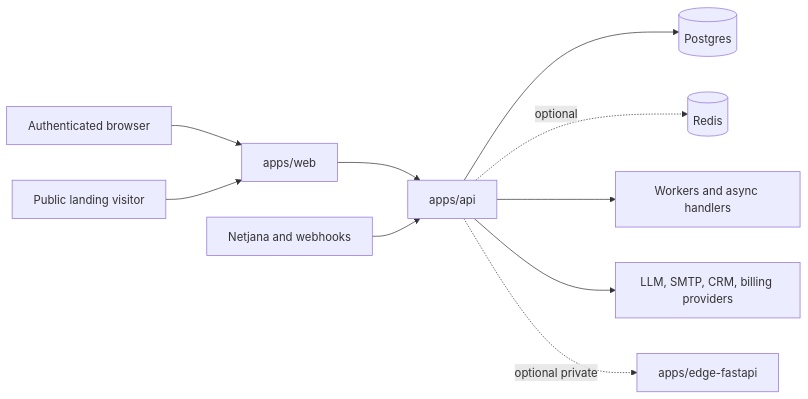
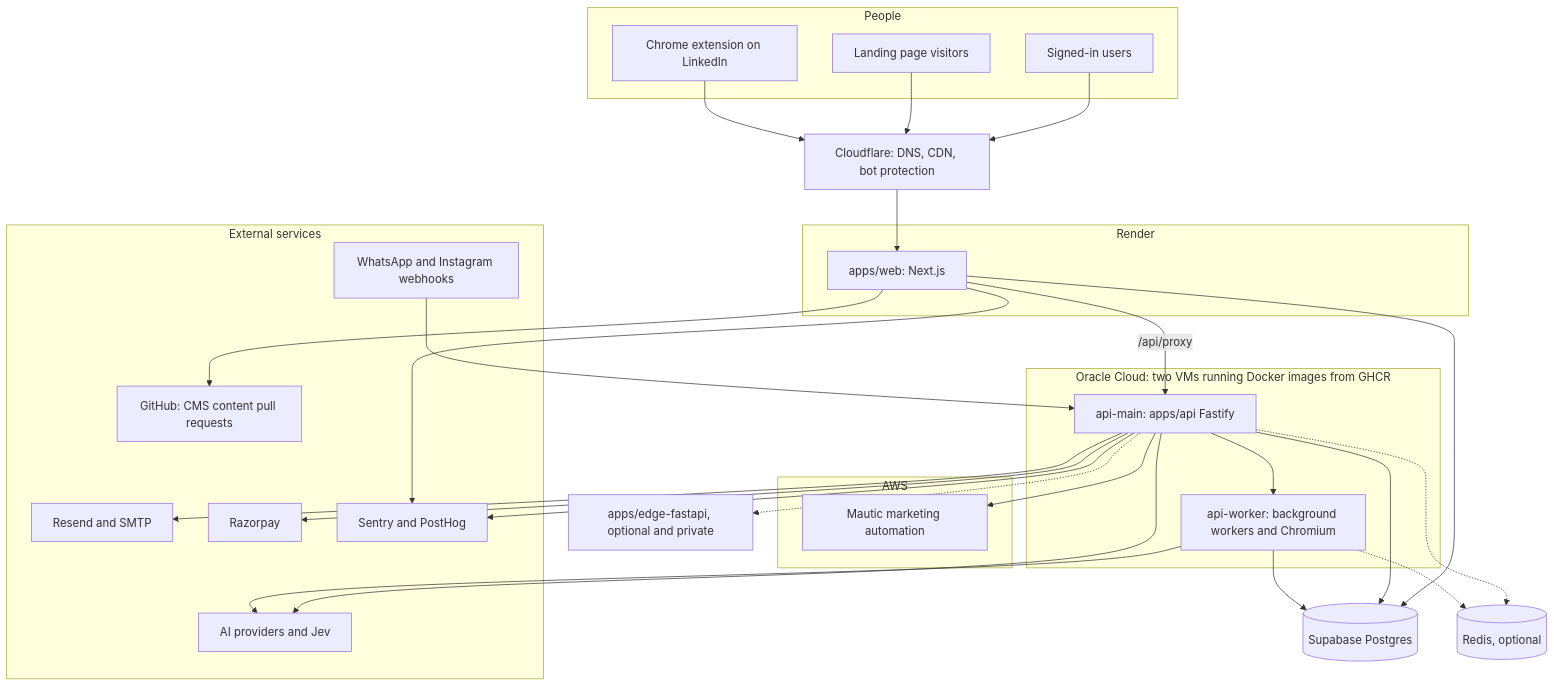
The diagram in MASTER_SYSTEM_ARCHITECTURE.md (Convospanai-outreach/fullstack), drawn with Mermaid before and after one commit. The commit also changed other lines of this file, not shown here.

Commit message:
Master architecture doc shows the real topology and drops stale readiness numbers

````diff
--- a/MASTER_SYSTEM_ARCHITECTURE.md
+++ b/MASTER_SYSTEM_ARCHITECTURE.md
@@ -19,12 +21,58 @@
 ```mermaid
-flowchart LR
-    Browser[Authenticated browser] --> Web[apps/web]
-    Visitor[Public landing visitor] --> Web
-    Web --> API[apps/api]
-    Signals[Netjana and webhooks] --> API
-    API --> DB[(Postgres)]
-    API -. optional .-> Cache[(Redis)]
-    API --> Jobs[Workers and async handlers]
-    API --> Providers[LLM, SMTP, CRM, billing providers]
-    API -. optional private .-> Edge[apps/edge-fastapi]
+flowchart TB
+    subgraph People
+        User[Signed-in users]
+        Visitor[Landing page visitors]
+        Ext[Chrome extension on LinkedIn]
+    end
+
+    CF[Cloudflare: DNS, CDN, bot protection]
+
+    subgraph Render[Render]
+        Web[apps/web: Next.js]
+    end
+
+    subgraph Oracle[Oracle Cloud: two VMs running Docker images from GHCR]
+        API[api-main: apps/api Fastify]
+        Worker[api-worker: background workers and Chromium]
+    end
+
+    DB[(Supabase Postgres)]
+    Redis[(Redis, optional)]
+    Edge[apps/edge-fastapi, optional and private]
+
+    subgraph AWS[AWS]
+        Mautic[Mautic marketing automation]
+    end
+
+    subgraph External[External services]
+        AI[AI providers and Jev]
+        Mail[Resend and SMTP]
+        Pay[Razorpay]
+        Meta[WhatsApp and Instagram webhooks]
+        Obs[Sentry and PostHog]
+        GH[GitHub: CMS content pull requests]
+    end
+
+    User --> CF
+    Visitor --> CF
+    Ext --> CF
+    CF --> Web
+    Web -->|"/api/proxy"| API
+    Web --> DB
+    API --> DB
+    Worker --> DB
+    API -.-> Redis
+    Worker -.-> Redis
+    API --> Worker
+    API --> AI
+    Worker --> AI
+    API --> Mail
+    API --> Pay
+    Meta --> API
+    API --> Mautic
+    API -.-> Edge
+    Web --> Obs
+    API --> Obs
+    Web --> GH
 ```
````
